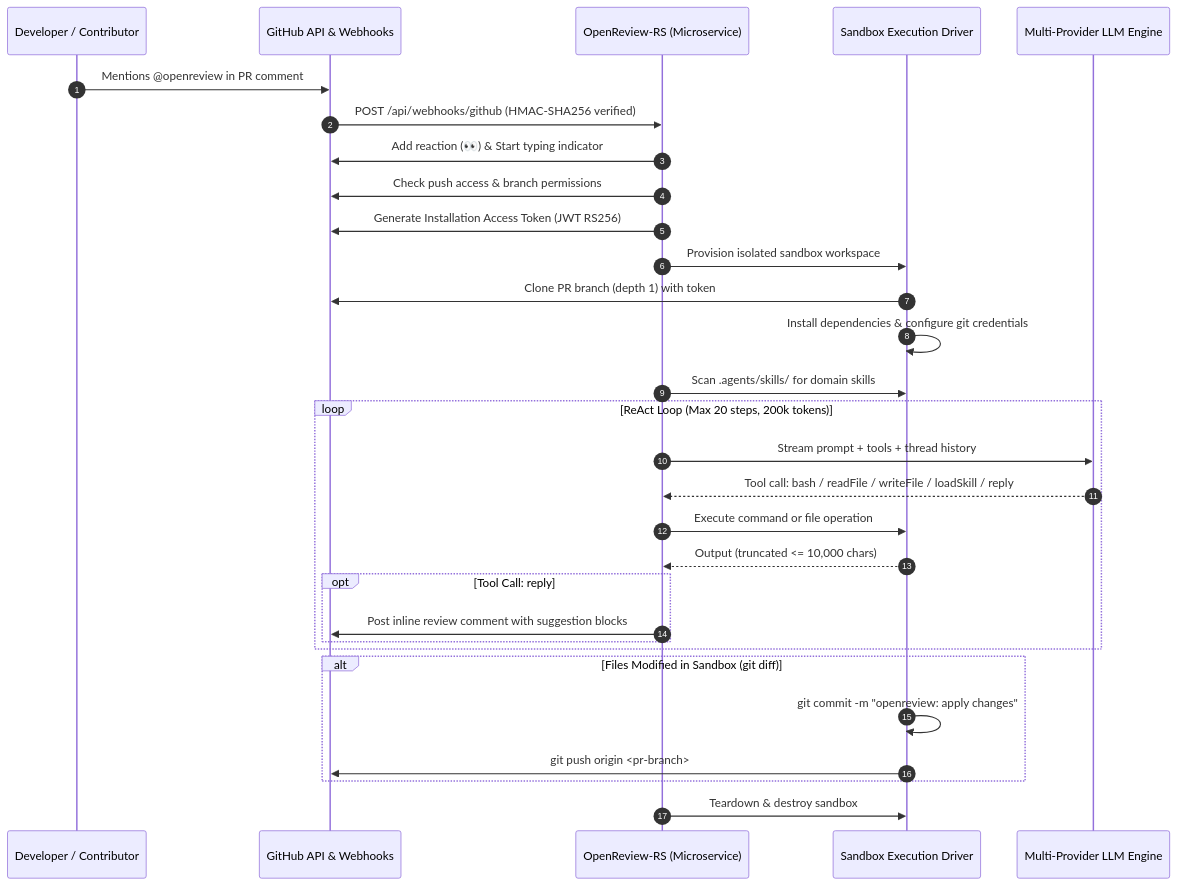
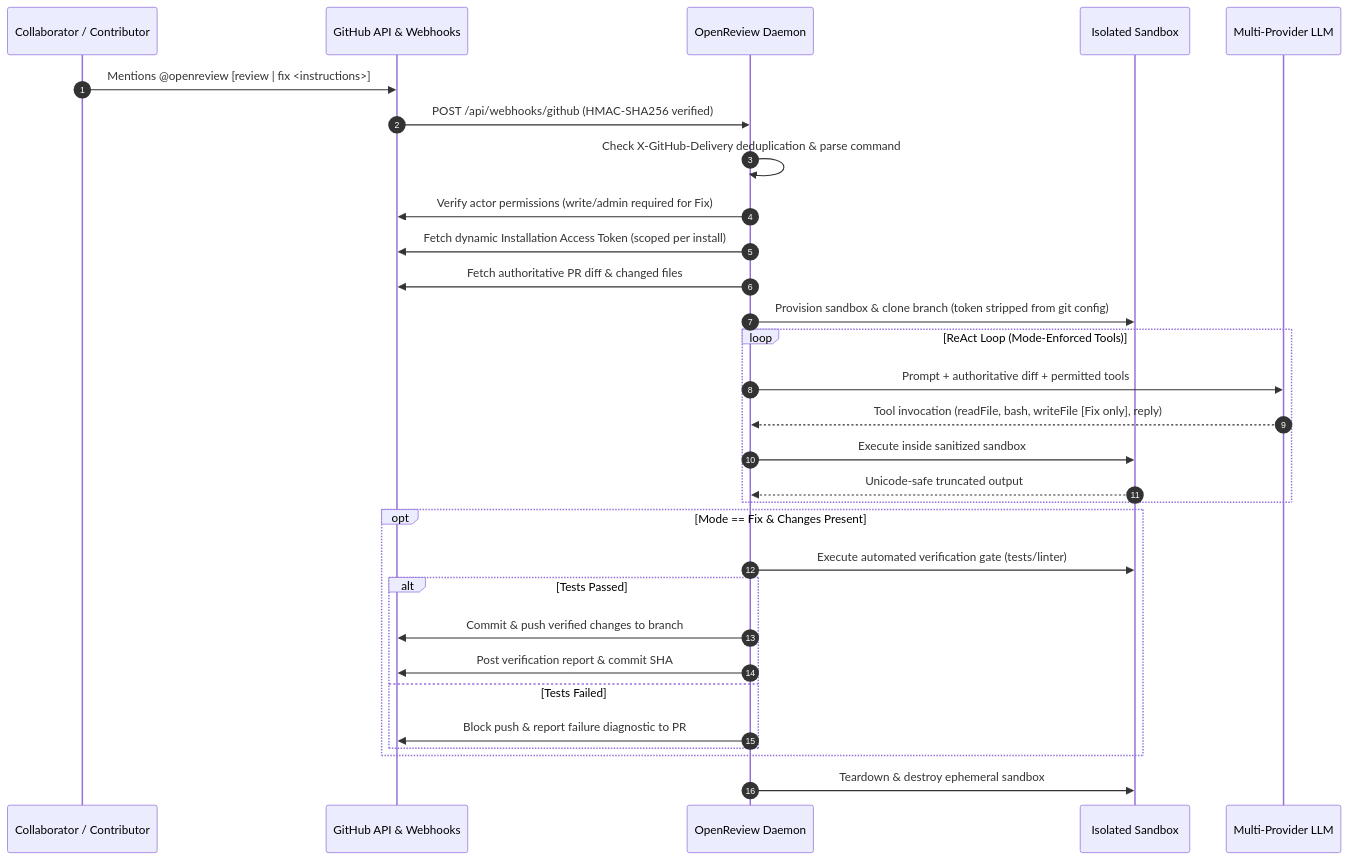
Before and after one commit to imMamdouhaboammar/openreview: the diagram in README.md, drawn with Mermaid. The commit also changed other lines of this file and 35 other files, not shown here.

Commit message:
feat(remediation): implement production-ready security, multi-installation, and verification architecture

````diff
--- a/README.md
+++ b/README.md
@@ -5,33 +5,33 @@
 ```mermaid
 sequenceDiagram
     autonumber
-    participant Dev as Developer / Contributor
+    participant Dev as Collaborator / Contributor
     participant GH as GitHub API & Webhooks
-    participant Svc as OpenReview-RS (Microservice)
-    participant SB as Sandbox Execution Driver
-    participant LLM as Multi-Provider LLM Engine
+    participant Svc as OpenReview Daemon
+    participant SB as Isolated Sandbox
+    participant LLM as Multi-Provider LLM
 
-    Dev->>GH: Mentions @openreview in PR comment
+    Dev->>GH: Mentions @openreview [review | fix <instructions>]
     GH->>Svc: POST /api/webhooks/github (HMAC-SHA256 verified)
-    Svc->>GH: Add reaction (👀) & Start typing indicator
-    Svc->>GH: Check push access & branch permissions
-    Svc->>GH: Generate Installation Access Token (JWT RS256)
-    Svc->>SB: Provision isolated sandbox workspace
-    SB->>GH: Clone PR branch (depth 1) with token
-    SB->>SB: Install dependencies & configure git credentials
-    Svc->>SB: Scan .agents/skills/ for domain skills
-    loop ReAct Loop (Max 20 steps, 200k tokens)
-        Svc->>LLM: Stream prompt + tools + thread history
-        LLM-->>Svc: Tool call: bash / readFile / writeFile / loadSkill / reply
-        Svc->>SB: Execute command or file operation
-        SB-->>Svc: Output (truncated <= 10,000 chars)
-        opt Tool Call: reply
-            Svc->>GH: Post inline review comment with suggestion blocks
+    Svc->>Svc: Check X-GitHub-Delivery deduplication & parse command
+    Svc->>GH: Verify actor permissions (write/admin required for Fix)
+    Svc->>GH: Fetch dynamic Installation Access Token (scoped per install)
+    Svc->>GH: Fetch authoritative PR diff & changed files
+    Svc->>SB: Provision sandbox & clone branch (token stripped from git config)
+    loop ReAct Loop (Mode-Enforced Tools)
+        Svc->>LLM: Prompt + authoritative diff + permitted tools
+        LLM-->>Svc: Tool invocation (readFile, bash, writeFile [Fix only], reply)
+        Svc->>SB: Execute inside sanitized sandbox
+        SB-->>Svc: Unicode-safe truncated output
+    end
+    opt Mode == Fix & Changes Present
+        Svc->>SB: Execute automated verification gate (tests/linter)
+        alt Tests Passed
+            Svc->>GH: Commit & push verified changes to branch
+            Svc->>GH: Post verification report & commit SHA
+        else Tests Failed
+            Svc->>GH: Block push & report failure diagnostic to PR
         end
     end
-    alt Files Modified in Sandbox (git diff)
-        SB->>SB: git commit -m "openreview: apply changes"
-        SB->>GH: git push origin <pr-branch>
-    end
-    Svc->>SB: Teardown & destroy sandbox
+    Svc->>SB: Teardown & destroy ephemeral sandbox
 ```
````
